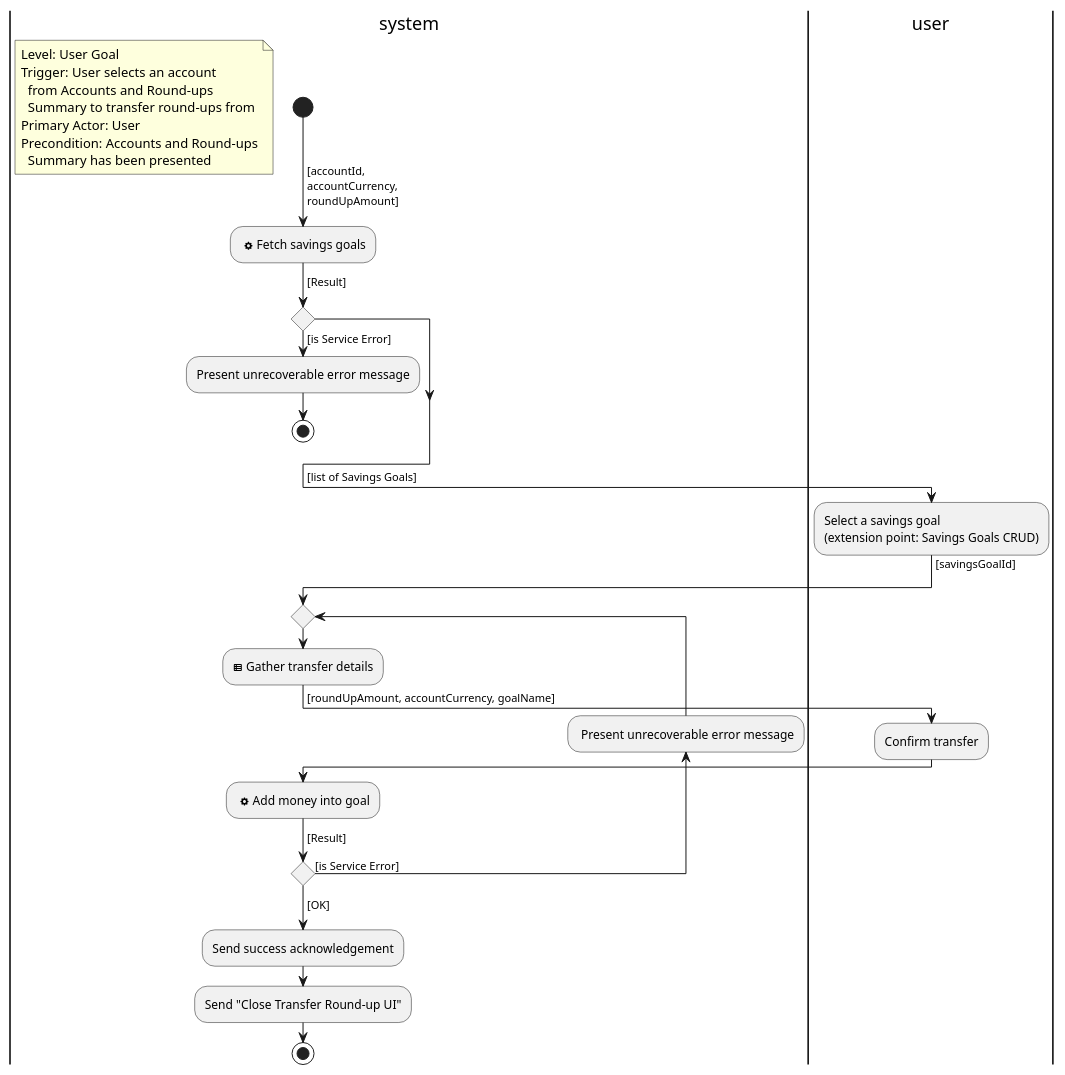
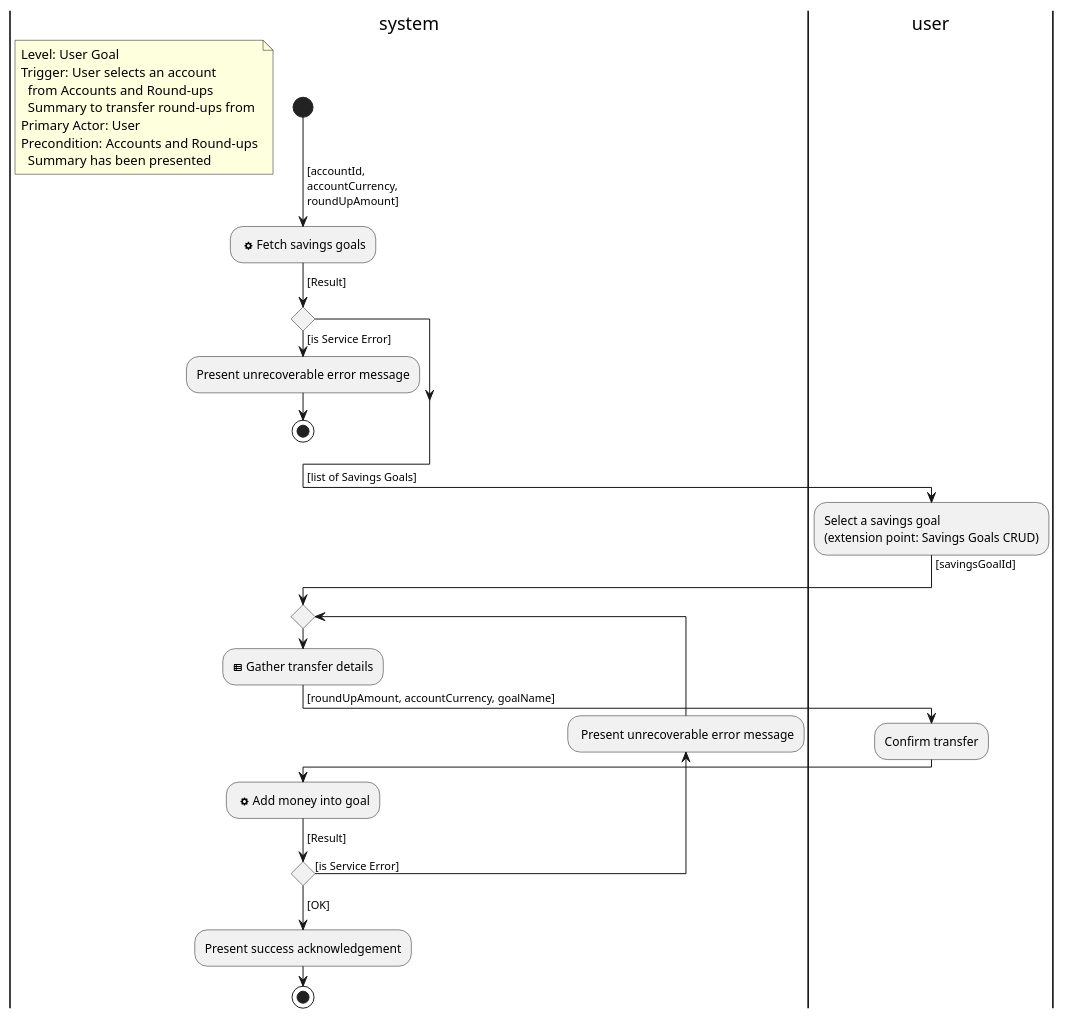
The diagram in diagrams/User Goal/Transfer Round-up Activity Diagram.puml (hristo-stefanov/MiniBankingDemo), drawn with PlantUML before and after one commit. The commit also changed 30 other files, not shown here.

```diff
--- a/diagrams/User Goal/Transfer Round-up Activity Diagram.puml
+++ b/diagrams/User Goal/Transfer Round-up Activity Diagram.puml
@@ -1,67 +1,64 @@
 @startuml
 'https://plantuml.com/activity-diagram-beta
 
 |system|
 start
 
 floating note left
 Level: User Goal
 Trigger: User selects an account
   from Accounts and Round-ups
   Summary to transfer round-ups from
 Primary Actor: User
 Precondition: Accounts and Round-ups
   Summary has been presented
 endnote
 
 'passed to SavingsGoalsFragment
 -> [accountId,
 accountCurrency,
 roundUpAmount];
 
 : <&cog> Fetch savings goals;
 -> [Result];
 
 if () then ([is Service Error])
     'displays a dialog, not a snackbar
     'doesn't return to the main screen
     :Present unrecoverable error message; <<sendSignal>>
     stop
 endif
 
 -> [list of Savings Goals];
 
 |user|
 :Select a savings goal
 (extension point: Savings Goals CRUD);
 
 |system|
 ->[savingsGoalId]
 ;
 
 repeat
 :<&spreadsheet> Gather transfer details;
 
 -> [roundUpAmount, accountCurrency, goalName] ;
 
 |user|
 :Confirm transfer;
 |system|
 'AddMoneyIntoGoalInteractor
 : <&cog> Add money into goal;
 -> [Result];
 
 'displays a dialog, not a snackbar
 backward: Present unrecoverable error message; <<sendSignal>>
 
 repeat while () is ([is Service Error])
 -> [OK];
 
-:Send success acknowledgement; <<sendSignal>>
-
-'returns to the main screen - navigationChannel.send(Navigation.Before(R.id.savingsGoalsDestination))
-:Send "Close Transfer Round-up UI"; <<sendSignal>>
+:Present success acknowledgement; <<sendSignal>>
 
 stop
 
 @enduml
```
